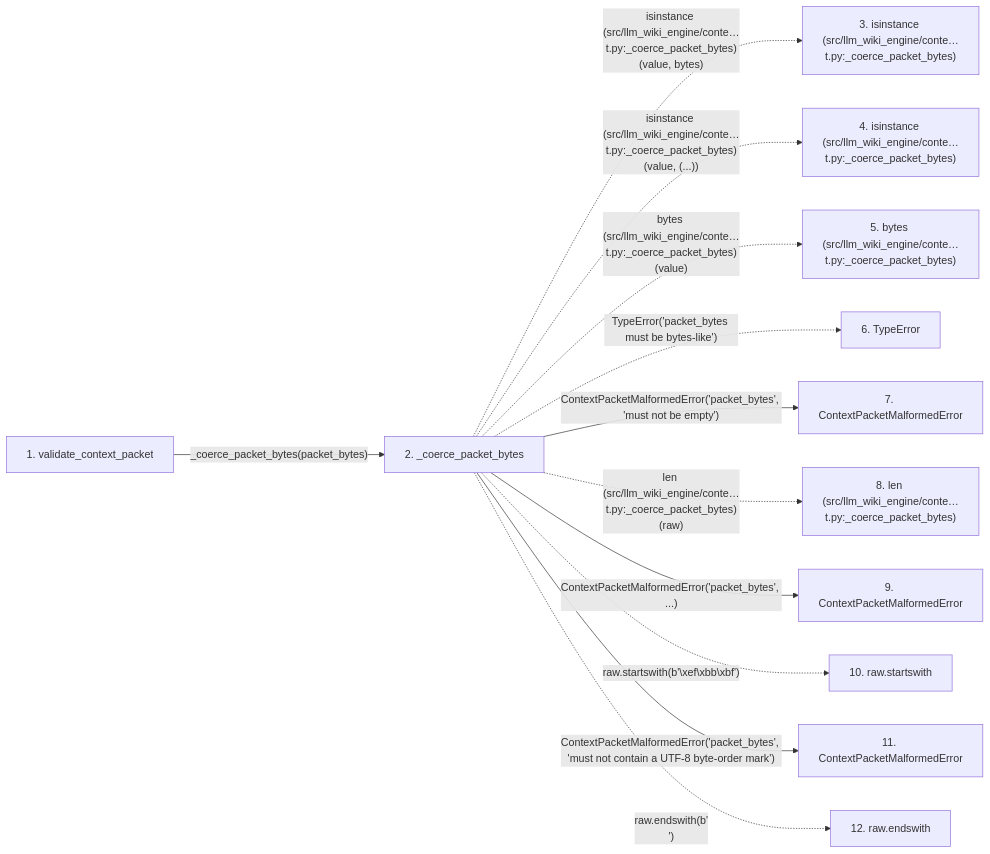
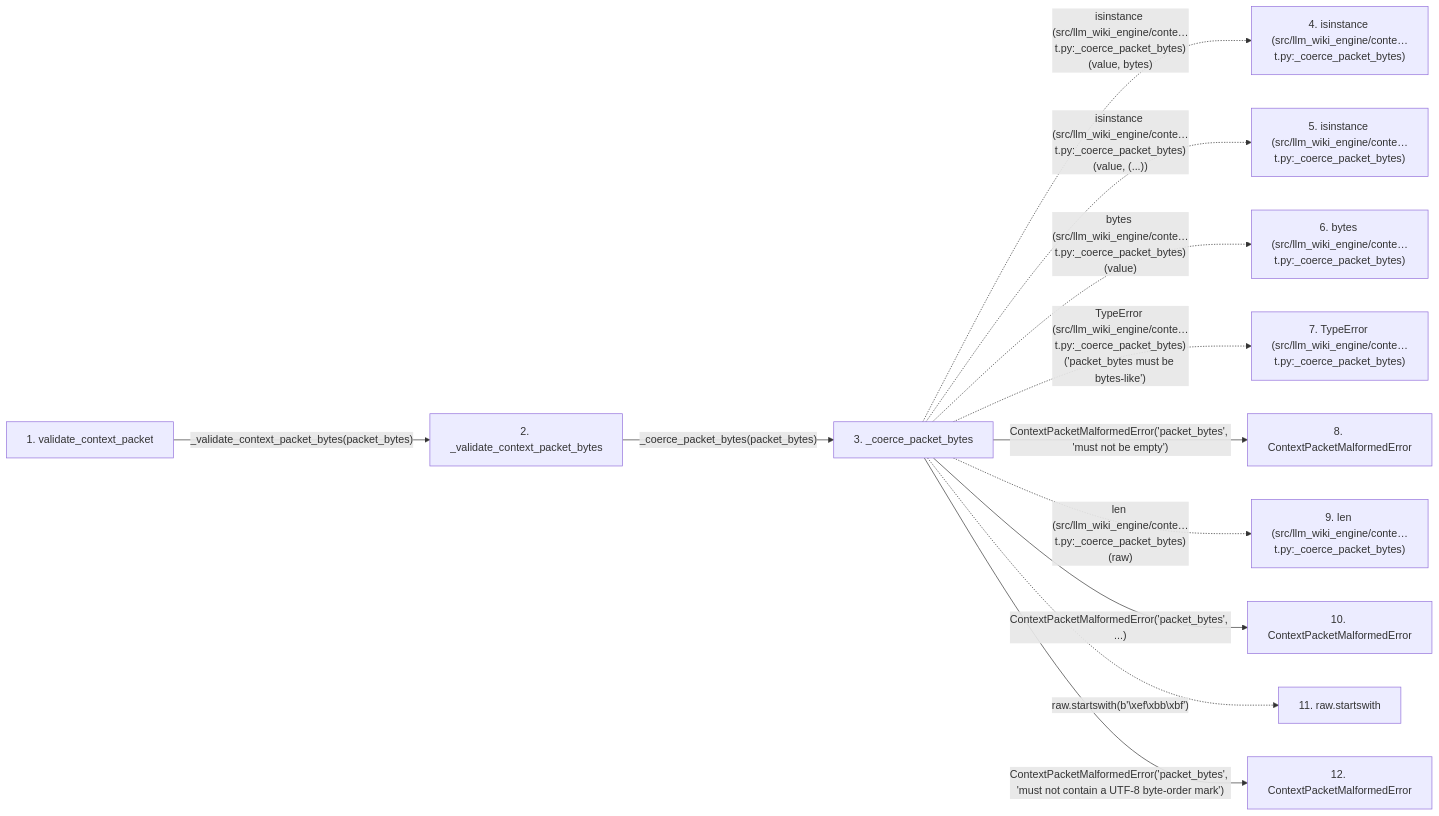
Before and after one commit to Denissvgn/python-wiki-llm: the second of 2 diagrams in docs/llm_wiki/flows/api-validate_context_packet-context_packet.md, drawn with Mermaid. The commit also changed other lines of this file and 869 other files, not shown here.

Commit message:
docs: refresh the wiki for the engine layout and producer opt-in

````diff
--- a/docs/llm_wiki/flows/api-validate_context_packet-context_packet.md
+++ b/docs/llm_wiki/flows/api-validate_context_packet-context_packet.md
@@ -140,31 +138,32 @@
 ```mermaid
 flowchart LR
     s1["1. validate_context_packet"]
-    s2["2. _coerce_packet_bytes"]
-    s3["3. isinstance (src/llm_wiki_engine/conte…t.py:_coerce_packet_bytes)"]
+    s2["2. _validate_context_packet_bytes"]
+    s3["3. _coerce_packet_bytes"]
     s4["4. isinstance (src/llm_wiki_engine/conte…t.py:_coerce_packet_bytes)"]
-    s5["5. bytes (src/llm_wiki_engine/conte…t.py:_coerce_packet_bytes)"]
-    s6["6. TypeError"]
-    s7["7. ContextPacketMalformedError"]
-    s8["8. len (src/llm_wiki_engine/conte…t.py:_coerce_packet_bytes)"]
-    s9["9. ContextPacketMalformedError"]
-    s10["10. raw.startswith"]
-    s11["11. ContextPacketMalformedError"]
-    s12["12. raw.endswith"]
-    s1 -->|"_coerce_packet_bytes(packet_bytes)"| s2
-    s2 -. "isinstance (src/llm_wiki_engine/conte…t.py:_coerce_packet_bytes)(value, bytes)" .-> s3
-    s2 -. "isinstance (src/llm_wiki_engine/conte…t.py:_coerce_packet_bytes)(value, (...))" .-> s4
-    s2 -. "bytes (src/llm_wiki_engine/conte…t.py:_coerce_packet_bytes)(value)" .-> s5
-    s2 -. "TypeError('packet_bytes must be bytes-like')" .-> s6
-    s2 -->|"ContextPacketMalformedError('packet_bytes', 'must not be empty')"| s7
-    s2 -. "len (src/llm_wiki_engine/conte…t.py:_coerce_packet_bytes)(raw)" .-> s8
-    s2 -->|"ContextPacketMalformedError('packet_bytes', ...)"| s9
-    s2 -. "raw.startswith(b'\xef\xbb\xbf')" .-> s10
-    s2 -->|"ContextPacketMalformedError('packet_bytes', 'must not contain a UTF-8 byte-order mark')"| s11
-    s2 -. "raw.endswith(b'\n')" .-> s12
+    s5["5. isinstance (src/llm_wiki_engine/conte…t.py:_coerce_packet_bytes)"]
+    s6["6. bytes (src/llm_wiki_engine/conte…t.py:_coerce_packet_bytes)"]
+    s7["7. TypeError (src/llm_wiki_engine/conte…t.py:_coerce_packet_bytes)"]
+    s8["8. ContextPacketMalformedError"]
+    s9["9. len (src/llm_wiki_engine/conte…t.py:_coerce_packet_bytes)"]
+    s10["10. ContextPacketMalformedError"]
+    s11["11. raw.startswith"]
+    s12["12. ContextPacketMalformedError"]
+    s1 -->|"_validate_context_packet_bytes(packet_bytes)"| s2
+    s2 -->|"_coerce_packet_bytes(packet_bytes)"| s3
+    s3 -. "isinstance (src/llm_wiki_engine/conte…t.py:_coerce_packet_bytes)(value, bytes)" .-> s4
+    s3 -. "isinstance (src/llm_wiki_engine/conte…t.py:_coerce_packet_bytes)(value, (...))" .-> s5
+    s3 -. "bytes (src/llm_wiki_engine/conte…t.py:_coerce_packet_bytes)(value)" .-> s6
+    s3 -. "TypeError (src/llm_wiki_engine/conte…t.py:_coerce_packet_bytes)('packet_bytes must be bytes-like')" .-> s7
+    s3 -->|"ContextPacketMalformedError('packet_bytes', 'must not be empty')"| s8
+    s3 -. "len (src/llm_wiki_engine/conte…t.py:_coerce_packet_bytes)(raw)" .-> s9
+    s3 -->|"ContextPacketMalformedError('packet_bytes', ...)"| s10
+    s3 -. "raw.startswith(b'\xef\xbb\xbf')" .-> s11
+    s3 -->|"ContextPacketMalformedError('packet_bytes', 'must not contain a UTF-8 byte-order mark')"| s12
     click s1 "../modules/context_packet.md"
     click s2 "../modules/context_packet.md"
-    click s7 "../modules/context_packet.md"
-    click s9 "../modules/context_packet.md"
-    click s11 "../modules/context_packet.md"
+    click s3 "../modules/context_packet.md"
+    click s8 "../modules/context_packet.md"
+    click s10 "../modules/context_packet.md"
+    click s12 "../modules/context_packet.md"
 ```
````
